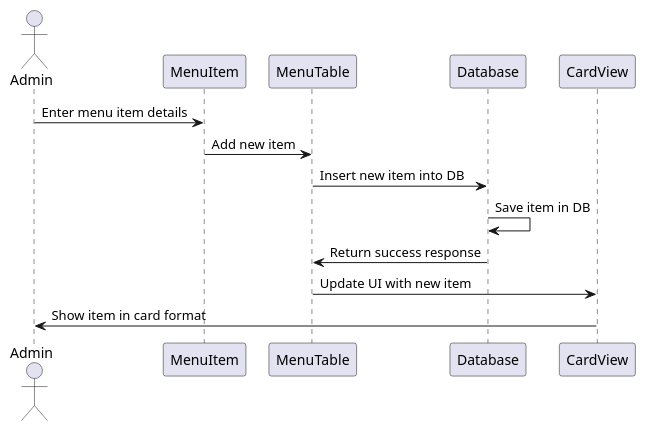
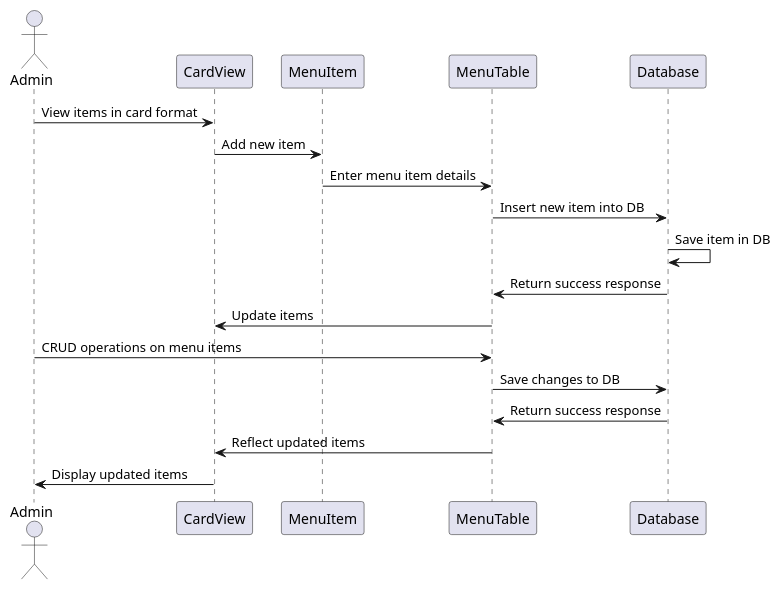
The diagram in docs/Digrames/AddMenuItemSequence.puml (IMSET-Sousse/Menu), drawn with PlantUML before and after one commit. The commit also changed 3 other files, not shown here.

```diff
--- a/docs/Digrames/AddMenuItemSequence.puml
+++ b/docs/Digrames/AddMenuItemSequence.puml
@@ -1,17 +1,23 @@
 @startuml
 
 actor Admin
+participant "CardView" as CardView
 participant "MenuItem" as MenuItem
 participant "MenuTable" as MenuTable
 participant "Database" as Database
-participant "CardView" as CardView
 
-Admin -> MenuItem: Enter menu item details
-MenuItem -> MenuTable: Add new item
+Admin -> CardView: View items in card format
+CardView -> MenuItem: Add new item
+MenuItem -> MenuTable: Enter menu item details
 MenuTable -> Database: Insert new item into DB
 Database -> Database: Save item in DB
 Database -> MenuTable: Return success response
-MenuTable -> CardView: Update UI with new item
-CardView -> Admin: Show item in card format
+MenuTable -> CardView: Update items
+
+Admin -> MenuTable: CRUD operations on menu items
+MenuTable -> Database: Save changes to DB
+Database -> MenuTable: Return success response
+MenuTable -> CardView: Reflect updated items
+CardView -> Admin: Display updated items
 
 @enduml
```
